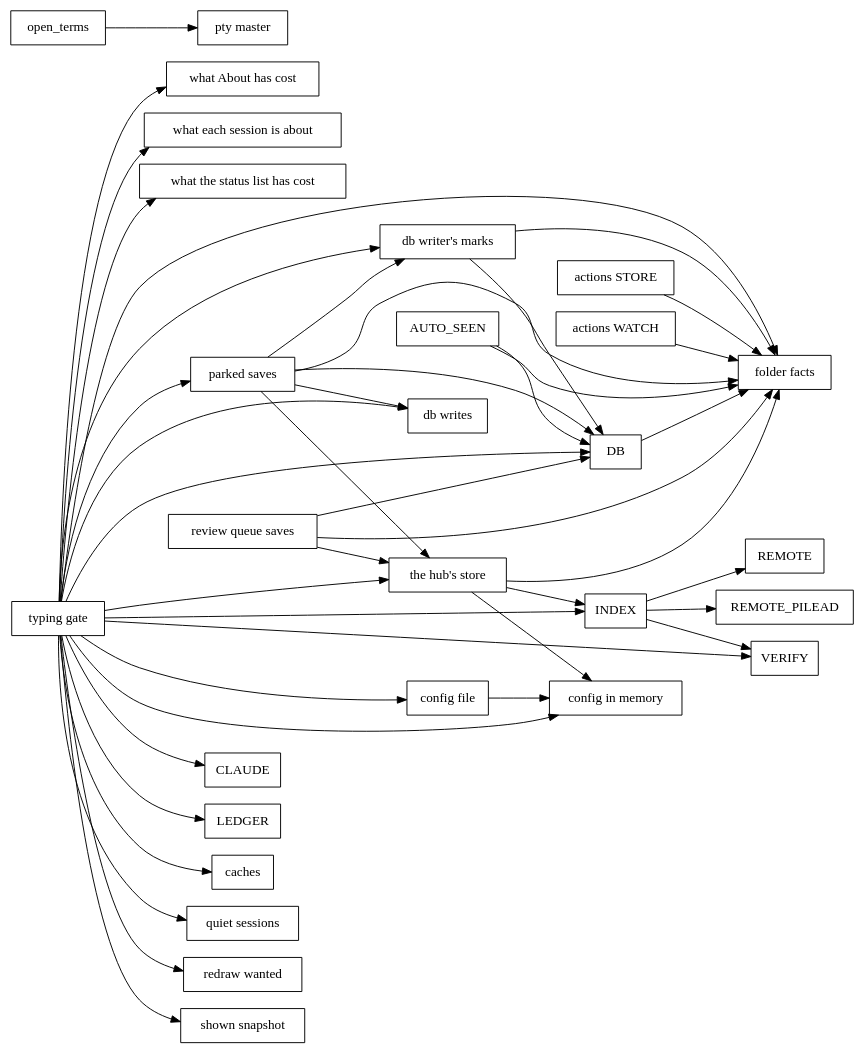
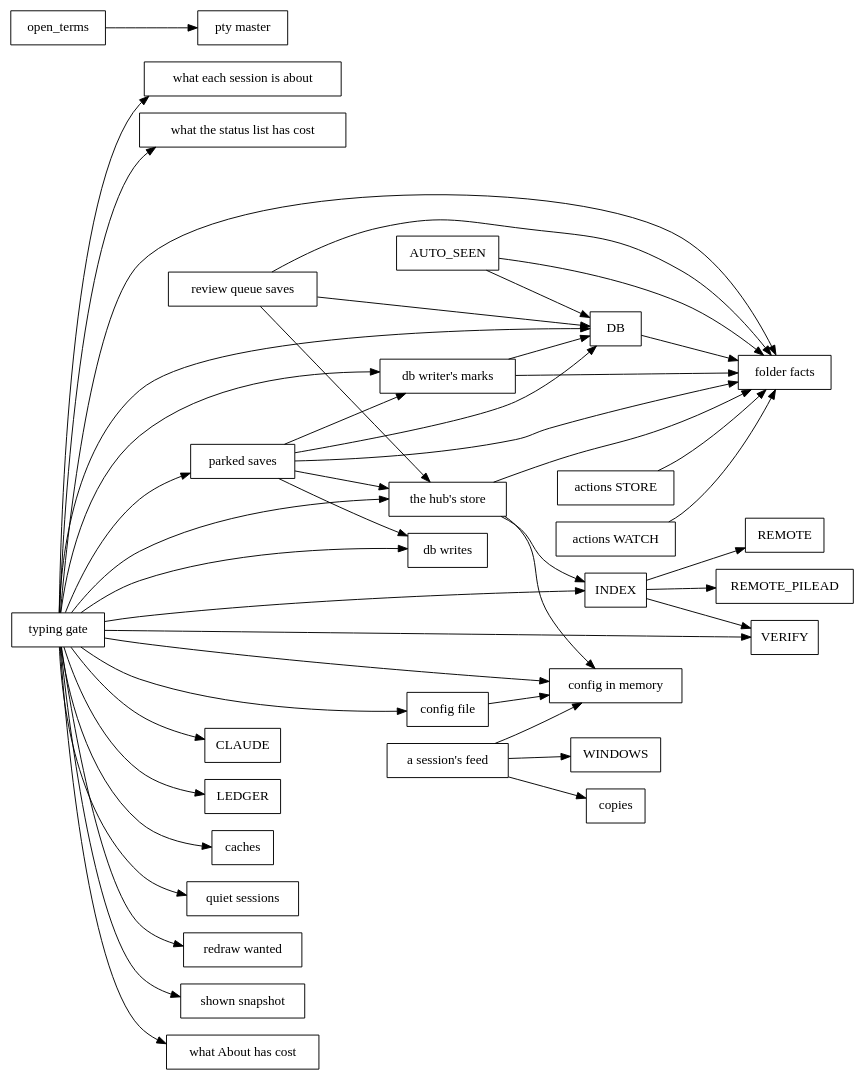
The diagram in docs/dev/lock-graph.dot (spacegrowth/cue), drawn with Graphviz before and after one commit. The commit also changed 12 other files, not shown here.

First line of the commit message:
A session's feed is never locked while its log is read

```diff
--- a/docs/dev/lock-graph.dot
+++ b/docs/dev/lock-graph.dot
@@ -1,47 +1,50 @@
 // Generated by `cargo run -p xtask -- inventory`; don't edit by hand.
 digraph locks {
   rankdir=LR;
   node [shape=box];
   "AUTO_SEEN" -> "DB";
   "AUTO_SEEN" -> "folder facts";
   "DB" -> "folder facts";
   "INDEX" -> "REMOTE";
   "INDEX" -> "REMOTE_PILEAD";
   "INDEX" -> "VERIFY";
+  "a session's feed" -> "WINDOWS";
+  "a session's feed" -> "config in memory";
+  "a session's feed" -> "copies";
   "actions STORE" -> "folder facts";
   "actions WATCH" -> "folder facts";
   "config file" -> "config in memory";
   "db writer's marks" -> "DB";
   "db writer's marks" -> "folder facts";
   "open_terms" -> "pty master";
   "parked saves" -> "DB";
   "parked saves" -> "db writer's marks";
   "parked saves" -> "db writes";
   "parked saves" -> "folder facts";
   "parked saves" -> "the hub's store";
   "review queue saves" -> "DB";
   "review queue saves" -> "folder facts";
   "review queue saves" -> "the hub's store";
   "the hub's store" -> "INDEX";
   "the hub's store" -> "config in memory";
   "the hub's store" -> "folder facts";
   "typing gate" -> "CLAUDE";
   "typing gate" -> "DB";
   "typing gate" -> "INDEX";
   "typing gate" -> "LEDGER";
   "typing gate" -> "VERIFY";
   "typing gate" -> "caches";
   "typing gate" -> "config file";
   "typing gate" -> "config in memory";
   "typing gate" -> "db writer's marks";
   "typing gate" -> "db writes";
   "typing gate" -> "folder facts";
   "typing gate" -> "parked saves";
   "typing gate" -> "quiet sessions";
   "typing gate" -> "redraw wanted";
   "typing gate" -> "shown snapshot";
   "typing gate" -> "the hub's store";
   "typing gate" -> "what About has cost";
   "typing gate" -> "what each session is about";
   "typing gate" -> "what the status list has cost";
 }
```
